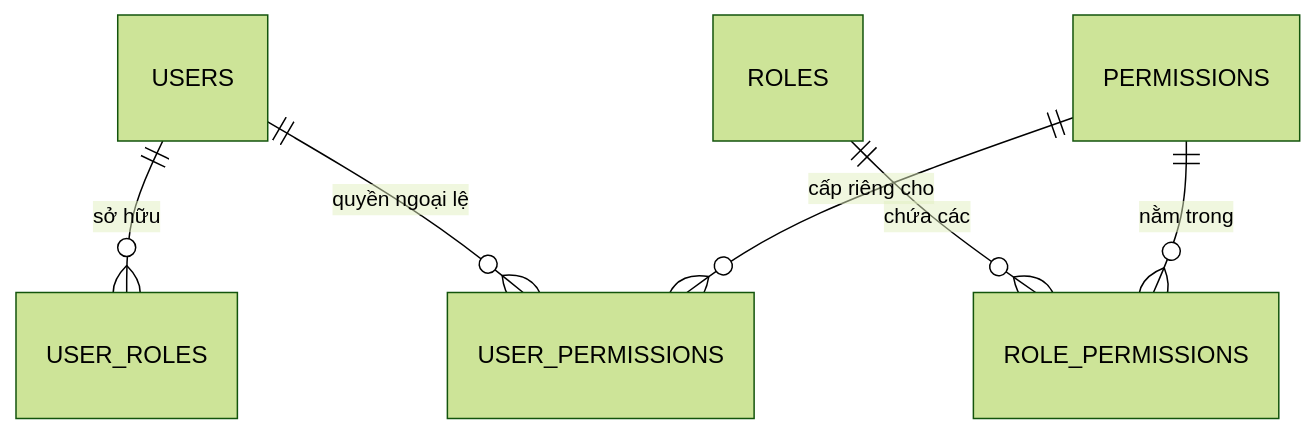
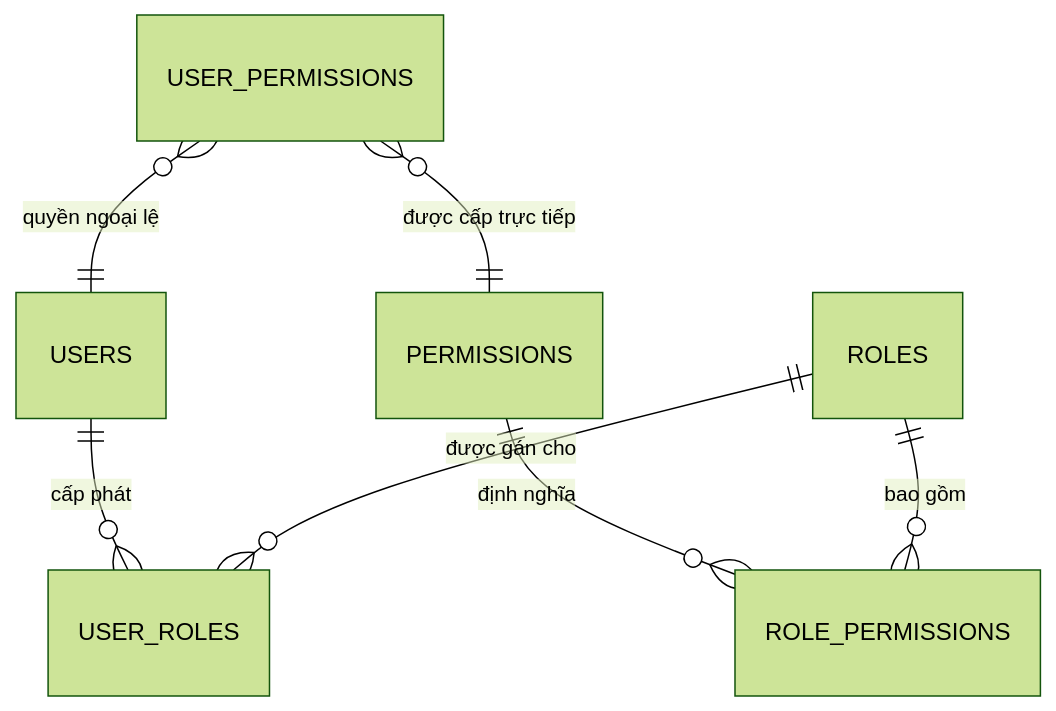
Before and after one commit to thang1834/DemoCsharp-CleanArchitecture: the third of 12 diagrams in docs/presentation_script_v2.md, drawn with Mermaid (forest theme). The commit also changed other lines of this file, not shown here.

````diff
--- a/docs/presentation_script_v2.md
+++ b/docs/presentation_script_v2.md
@@ -60,8 +73,9 @@
 ```mermaid
 erDiagram
-    USERS ||--o{ USER_ROLES : "sở hữu"
-    ROLES ||--o{ ROLE_PERMISSIONS : "chứa các"
-    PERMISSIONS ||--o{ ROLE_PERMISSIONS : "nằm trong"
-    USERS ||--o{ USER_PERMISSIONS : "quyền ngoại lệ"
-    PERMISSIONS ||--o{ USER_PERMISSIONS : "cấp riêng cho"
+    USER_PERMISSIONS }o--|| USERS : "quyền ngoại lệ"
+    USER_PERMISSIONS }o--|| PERMISSIONS : "được cấp trực tiếp"
+    USERS ||--o{ USER_ROLES : "cấp phát"
+    ROLES ||--o{ USER_ROLES : "được gán cho"
+    PERMISSIONS ||--o{ ROLE_PERMISSIONS : "định nghĩa"
+    ROLES ||--o{ ROLE_PERMISSIONS : "bao gồm"
 ```
````
